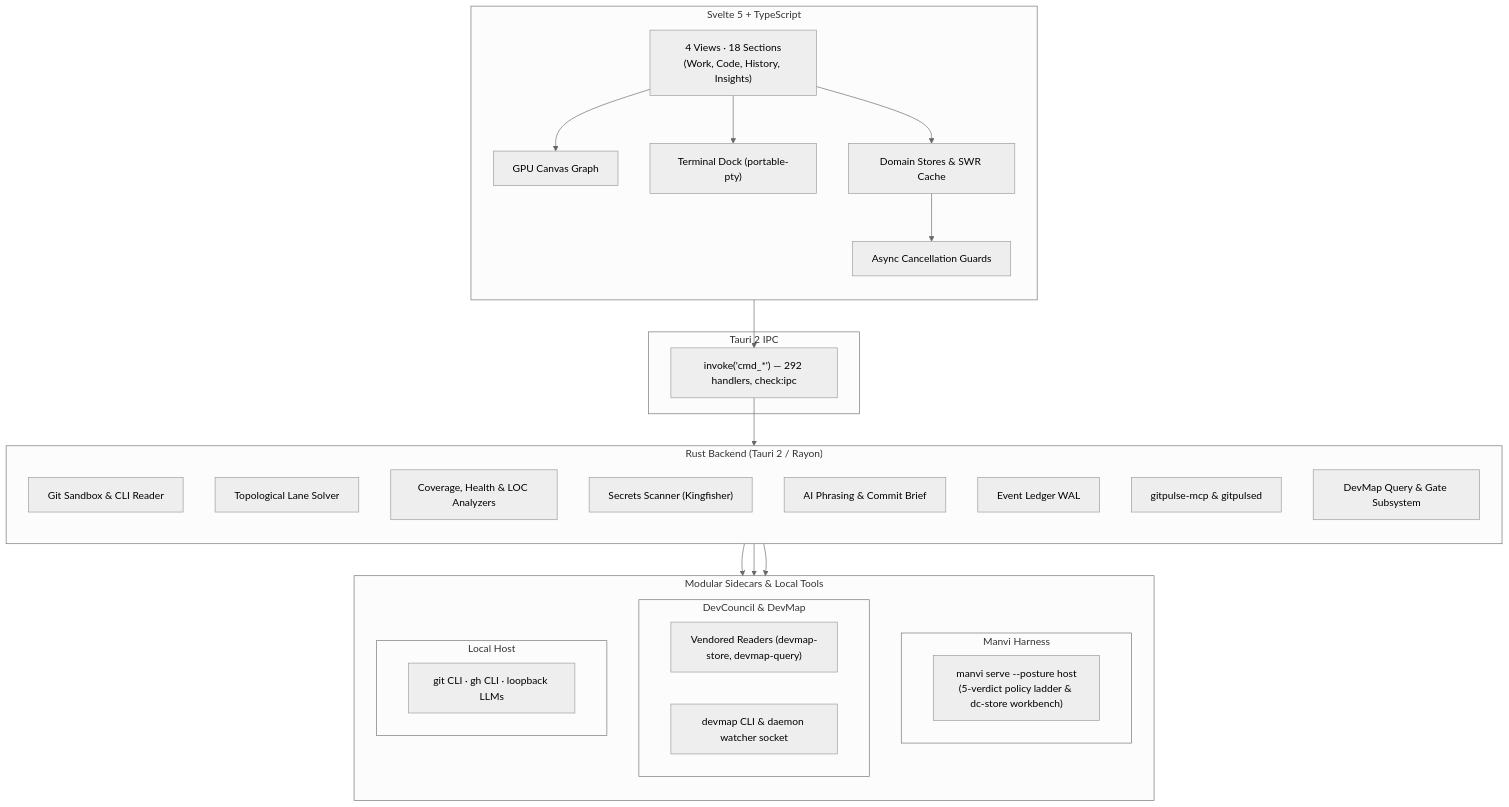
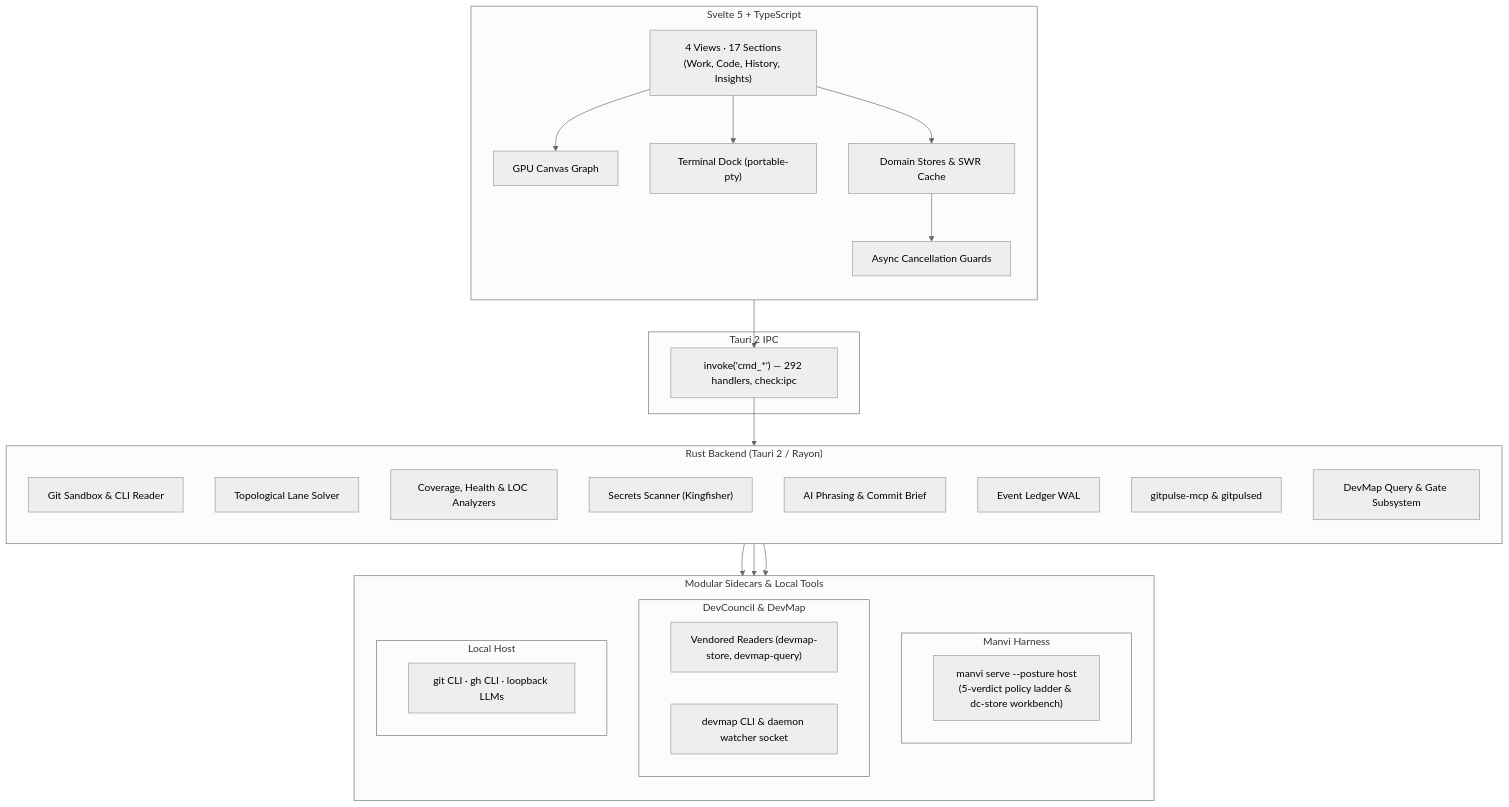
One commit to bharathvbcr/GitPulse changed the first of 2 diagrams in wiki/Architecture.md. Above: the diagram before and after it, drawn with Mermaid (neutral theme). The commit also changed 53 other files, not shown here.

````diff
--- a/wiki/Architecture.md
+++ b/wiki/Architecture.md
@@ -7,50 +7,50 @@
 ```mermaid
 flowchart TB
     subgraph Frontend["Svelte 5 + TypeScript"]
         direction TB
-        Views["4 Views · 18 Sections<br/>(Work, Code, History, Insights)"]
+        Views["4 Views · 17 Sections<br/>(Work, Code, History, Insights)"]
         Canvas["GPU Canvas Graph"]
         Dock["Terminal Dock (portable-pty)"]
         Stores["Domain Stores & SWR Cache"]
         Guards["Async Cancellation Guards"]
         Views --> Canvas
         Views --> Dock
         Views --> Stores --> Guards
     end
 
     subgraph IPC["Tauri 2 IPC"]
         Bridge["invoke('cmd_*') — 292 handlers, check:ipc"]
     end
 
     subgraph Backend["Rust Backend (Tauri 2 / Rayon)"]
         direction TB
         Git["Git Sandbox & CLI Reader"]
         Graph["Topological Lane Solver"]
         Analyzers["Coverage, Health & LOC Analyzers"]
         Secrets["Secrets Scanner (Kingfisher)"]
         AI["AI Phrasing & Commit Brief"]
         Ledger["Event Ledger WAL"]
         MCP["gitpulse-mcp & gitpulsed"]
         DevMapSubsys["DevMap Query & Gate Subsystem"]
     end
 
     subgraph Integrations["Modular Sidecars & Local Tools"]
         direction TB
         subgraph ManviBox["Manvi Harness"]
             Manvi["manvi serve --posture host<br/>(5-verdict policy ladder & dc-store workbench)"]
         end
         subgraph DevCouncilBox["DevCouncil & DevMap"]
             Vendored["Vendored Readers (devmap-store, devmap-query)"]
             DevMapCLI["devmap CLI & daemon watcher socket"]
         end
         subgraph LocalBox["Local Host"]
             LocalTools["git CLI · gh CLI · loopback LLMs"]
         end
     end
 
     Guards --> Bridge
     Bridge --> Backend
     Backend --> ManviBox
     Backend --> DevCouncilBox
     Backend --> LocalBox
 ```
````
